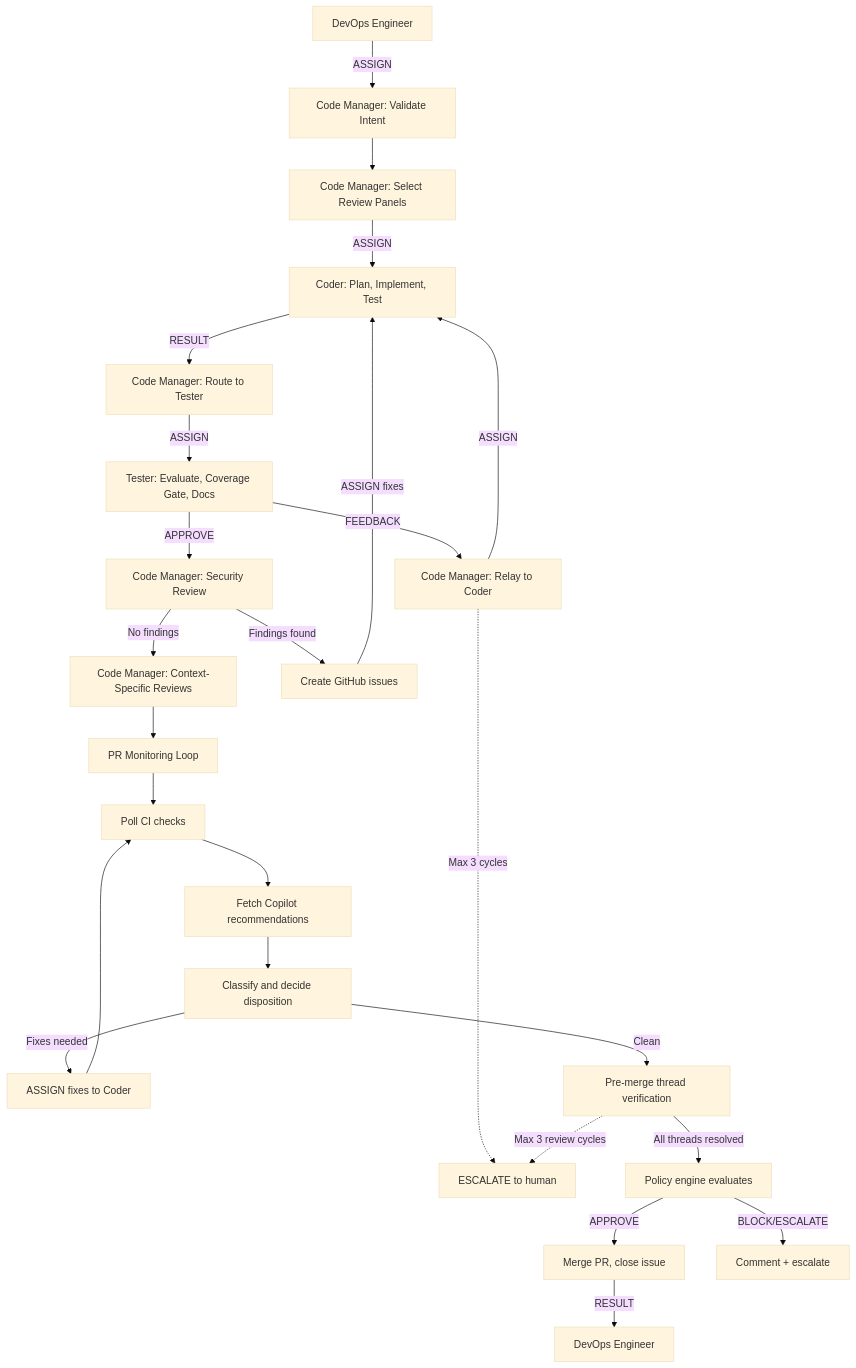
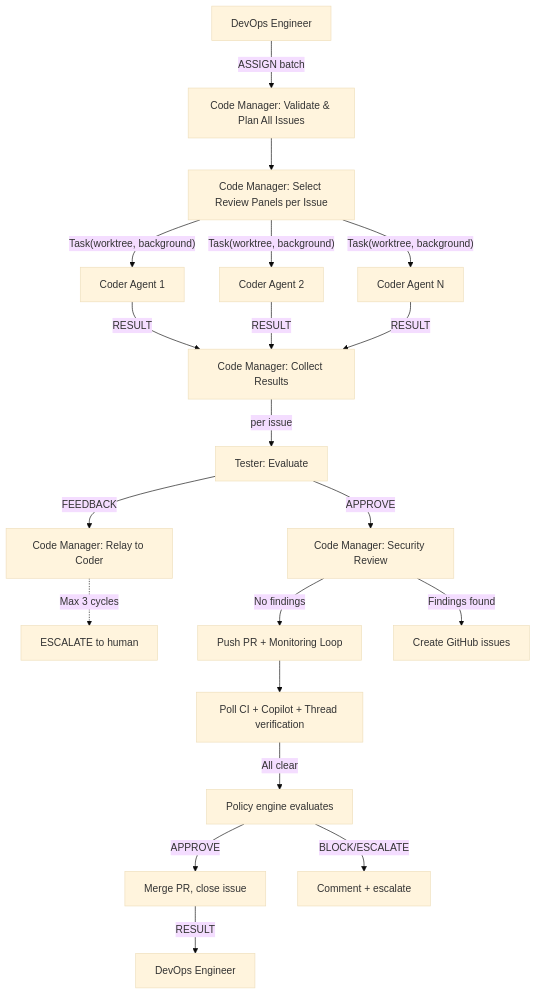
The diagram in governance/personas/agentic/code-manager.md (convergent-systems-co/ai-submodule), drawn with Mermaid (base theme) before and after one commit. The commit also changed other lines of this file and 4 other files, not shown here.

First line of the commit message:
feat(agentic): parallel Coder dispatch via Task tool with worktree isolation (#41) (#273)

````diff
--- a/governance/personas/agentic/code-manager.md
+++ b/governance/personas/agentic/code-manager.md
@@ -121,31 +125,27 @@
 ```mermaid
 flowchart TD
-    A[DevOps Engineer] -->|ASSIGN| B[Code Manager: Validate Intent]
-    B --> C[Code Manager: Select Review Panels]
-    C -->|ASSIGN| D[Coder: Plan, Implement, Test]
-    D -->|RESULT| E[Code Manager: Route to Tester]
-    E -->|ASSIGN| F[Tester: Evaluate, Coverage Gate, Docs]
+    A[DevOps Engineer] -->|ASSIGN batch| B[Code Manager: Validate & Plan All Issues]
+    B --> C[Code Manager: Select Review Panels per Issue]
 
+    C -->|"Task(worktree, background)"| D1[Coder Agent 1]
+    C -->|"Task(worktree, background)"| D2[Coder Agent 2]
+    C -->|"Task(worktree, background)"| D3[Coder Agent N]
+
+    D1 -->|RESULT| E[Code Manager: Collect Results]
+    D2 -->|RESULT| E
+    D3 -->|RESULT| E
+
+    E -->|per issue| F[Tester: Evaluate]
     F -->|APPROVE| G[Code Manager: Security Review]
     F -->|FEEDBACK| H[Code Manager: Relay to Coder]
-    H -->|ASSIGN| D
     H -.->|Max 3 cycles| I[ESCALATE to human]
 
-    G -->|No findings| J[Code Manager: Context-Specific Reviews]
+    G -->|No findings| J[Push PR + Monitoring Loop]
     G -->|Findings found| K[Create GitHub issues]
-    K -->|ASSIGN fixes| D
 
-    J --> L[PR Monitoring Loop]
-    L --> L1[Poll CI checks]
-    L1 --> L2[Fetch Copilot recommendations]
-    L2 --> L3[Classify and decide disposition]
-    L3 -->|Fixes needed| L4[ASSIGN fixes to Coder]
-    L4 --> L1
-    L3 -->|Clean| L5[Pre-merge thread verification]
-    L5 -.->|Max 3 review cycles| I
-
-    L5 -->|All threads resolved| M[Policy engine evaluates]
+    J --> L[Poll CI + Copilot + Thread verification]
+    L -->|All clear| M[Policy engine evaluates]
     M -->|APPROVE| N[Merge PR, close issue]
     M -->|BLOCK/ESCALATE| O[Comment + escalate]
     N -->|RESULT| P[DevOps Engineer]
 ```
````
